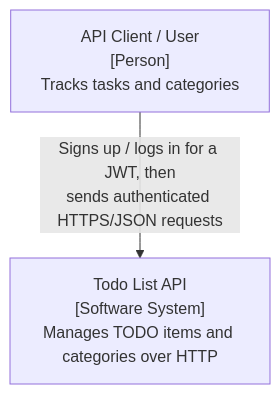
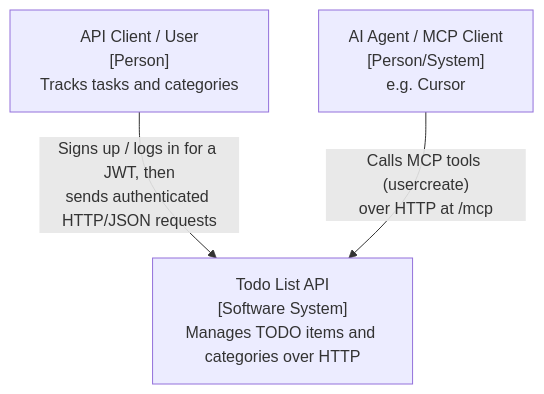
Before and after one commit to rahulkrishnanfs/todolist: the first of 3 diagrams in README.md, drawn with Mermaid. The commit also changed other lines of this file and 7 other files, not shown here.

First line of the commit message:
feat(mcp): add MCP server with usercreate tool (#67)

````diff
--- a/README.md
+++ b/README.md
@@ -193,7 +240,9 @@
 ```mermaid
 flowchart TD
     user["API Client / User<br/>[Person]<br/>Tracks tasks and categories"]
+    agent["AI Agent / MCP Client<br/>[Person/System]<br/>e.g. Cursor"]
     system["Todo List API<br/>[Software System]<br/>Manages TODO items and categories over HTTP"]
 
-    user -->|"Signs up / logs in for a JWT, then<br/>sends authenticated HTTPS/JSON requests"| system
+    user -->|"Signs up / logs in for a JWT, then<br/>sends authenticated HTTP/JSON requests"| system
+    agent -->|"Calls MCP tools (usercreate)<br/>over HTTP at /mcp"| system
 ```
````
